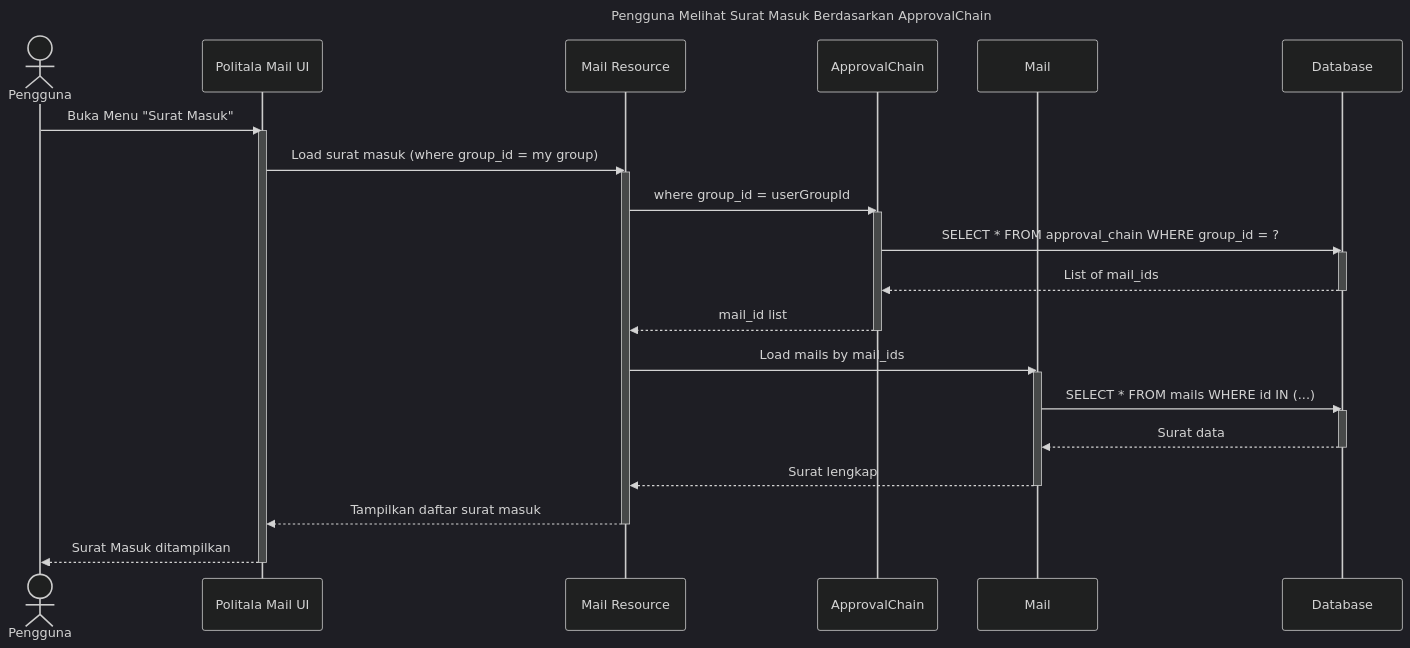
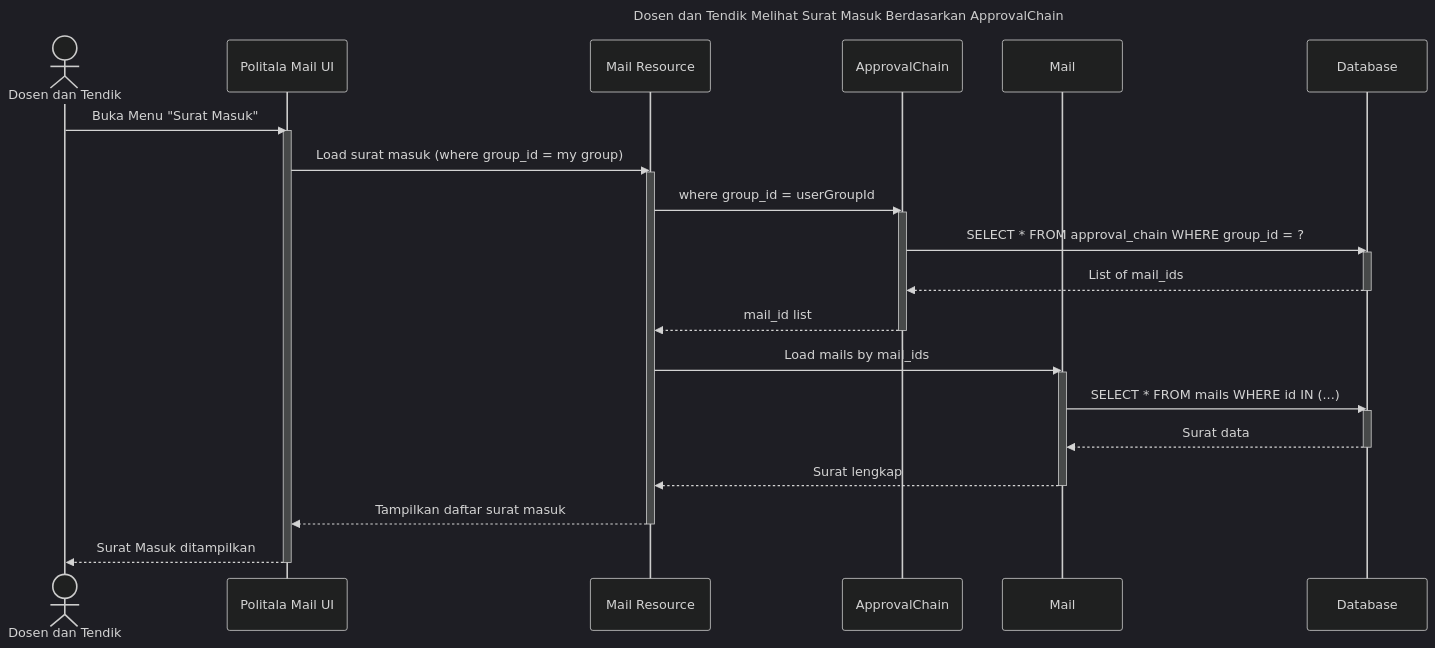
Before and after one commit to davidhadinugroho24601/UML-politala-mail: the diagram in Manage Surat Masuk/read.md, drawn with Mermaid (dark theme). The commit also changed 9 other files, not shown here.

````diff
--- a/Manage Surat Masuk/read.md
+++ b/Manage Surat Masuk/read.md
@@ -1,42 +1,42 @@
 ```mermaid
 
 sequenceDiagram
-    title Pengguna Melihat Surat Masuk Berdasarkan ApprovalChain
+    title Dosen dan Tendik Melihat Surat Masuk Berdasarkan ApprovalChain
 
-    actor Pengguna
+    actor Dosen dan Tendik
     participant FilamentUI as Politala Mail UI
     participant MailController as Mail Resource
     participant ApprovalModel as ApprovalChain
     participant MailModel as Mail
     participant DB as Database
 
-    Pengguna ->> FilamentUI: Buka Menu "Surat Masuk"
+    Dosen dan Tendik ->> FilamentUI: Buka Menu "Surat Masuk"
     activate FilamentUI
     FilamentUI ->> MailController: Load surat masuk (where group_id = my group)
     activate MailController
 
     MailController ->> ApprovalModel: where group_id = userGroupId
     activate ApprovalModel
     ApprovalModel ->> DB: SELECT * FROM approval_chain WHERE group_id = ?
     activate DB
     DB -->> ApprovalModel: List of mail_ids
     deactivate DB
     ApprovalModel -->> MailController: mail_id list
     deactivate ApprovalModel
 
     MailController ->> MailModel: Load mails by mail_ids
     activate MailModel
     MailModel ->> DB: SELECT * FROM mails WHERE id IN (...)
     activate DB
     DB -->> MailModel: Surat data
     deactivate DB
     MailModel -->> MailController: Surat lengkap
     deactivate MailModel
 
     MailController -->> FilamentUI: Tampilkan daftar surat masuk
     deactivate MailController
-    FilamentUI -->> Pengguna: Surat Masuk ditampilkan
+    FilamentUI -->> Dosen dan Tendik: Surat Masuk ditampilkan
     deactivate FilamentUI
 
 
 ```
````
